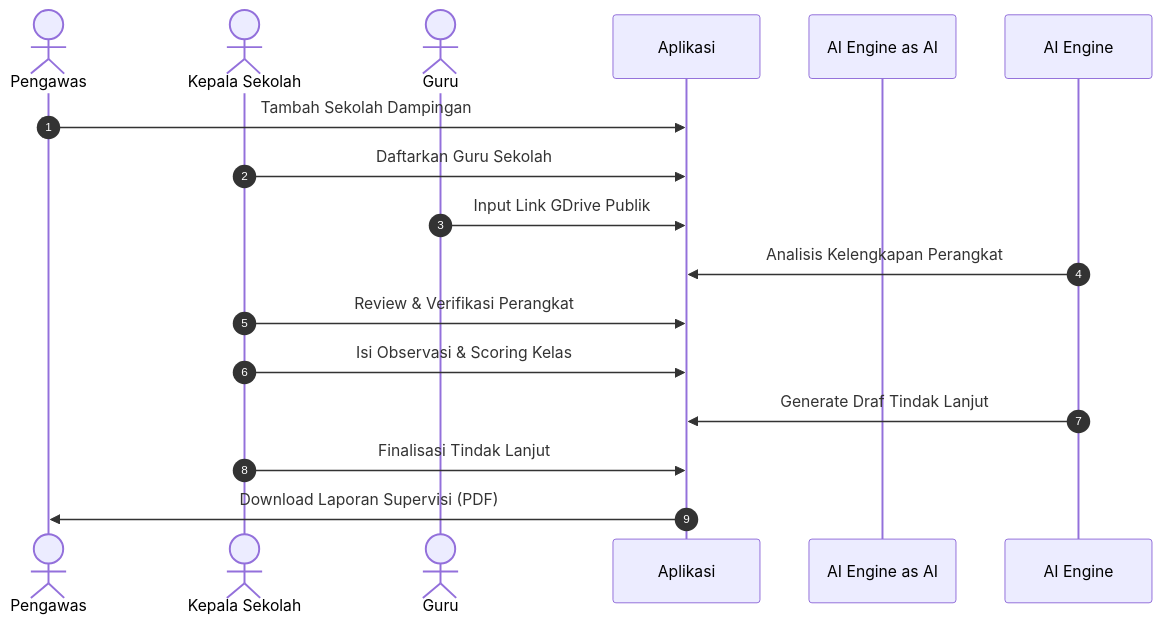
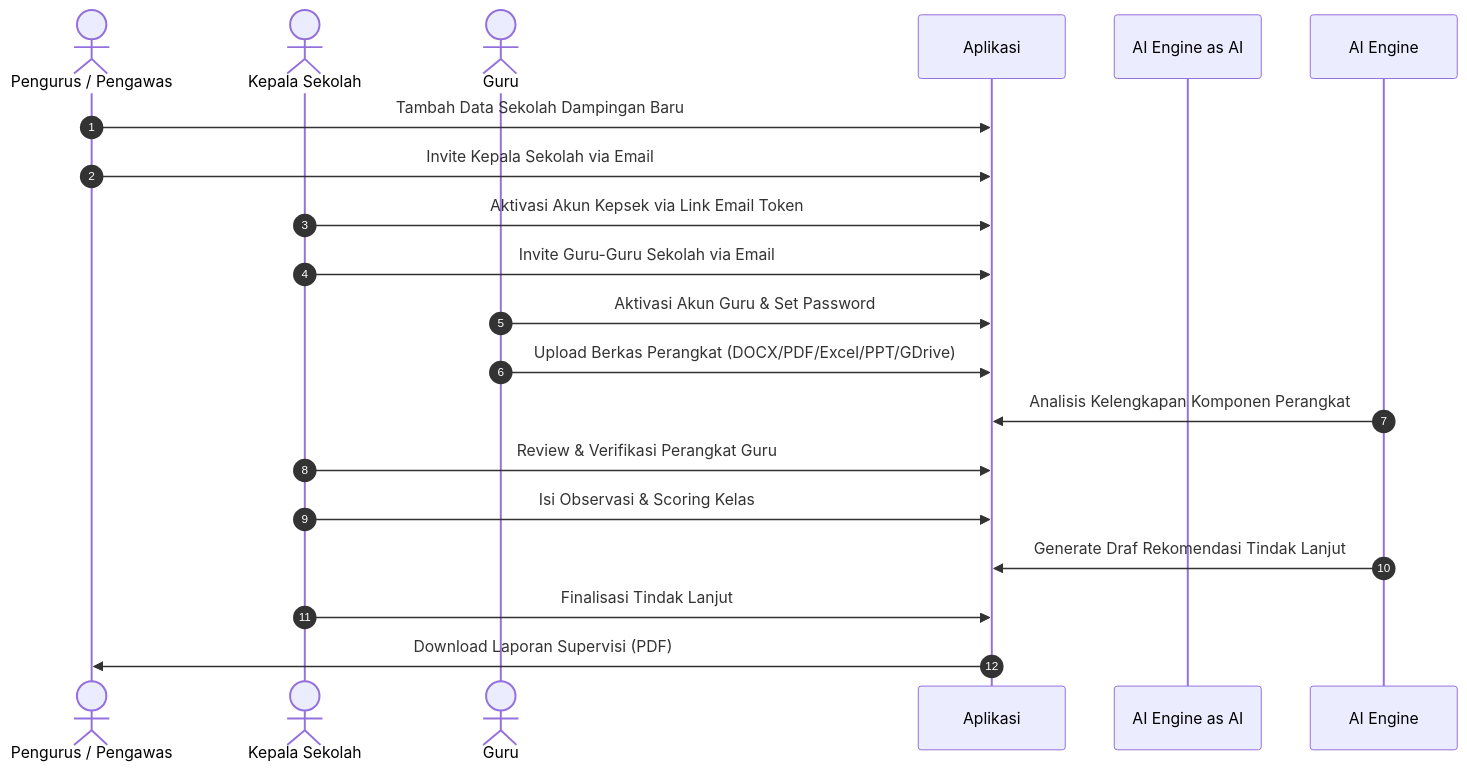
One commit to Hnzsama/supervisi_sekolah changed the second of 2 diagrams in docs/01-gambaran-umum-produk.md. Above: the diagram before and after it, drawn with Mermaid. The commit also changed other lines of this file and 13 other files, not shown here.

Commit message:
docs: perbarui dokumentasi upload berkas multiformat dan alur pendaftaran user via email invitation

````diff
--- a/docs/01-gambaran-umum-produk.md
+++ b/docs/01-gambaran-umum-produk.md
@@ -47,19 +48,22 @@
 ```mermaid
 sequenceDiagram
     autonumber
-    actor Pengawas
+    actor Pengawas as Pengurus / Pengawas
     actor Kepsek as Kepala Sekolah
     actor Guru
     participant App as Aplikasi
     participant AI Engine as AI
 
-    Pengawas->>App: Tambah Sekolah Dampingan
-    Kepsek->>App: Daftarkan Guru Sekolah
-    Guru->>App: Input Link GDrive Publik
-    AI Engine->>App: Analisis Kelengkapan Perangkat
-    Kepsek->>App: Review & Verifikasi Perangkat
+    Pengawas->>App: Tambah Data Sekolah Dampingan Baru
+    Pengawas->>App: Invite Kepala Sekolah via Email
+    Kepsek->>App: Aktivasi Akun Kepsek via Link Email Token
+    Kepsek->>App: Invite Guru-Guru Sekolah via Email
+    Guru->>App: Aktivasi Akun Guru & Set Password
+    Guru->>App: Upload Berkas Perangkat (DOCX/PDF/Excel/PPT/GDrive)
+    AI Engine->>App: Analisis Kelengkapan Komponen Perangkat
+    Kepsek->>App: Review & Verifikasi Perangkat Guru
     Kepsek->>App: Isi Observasi & Scoring Kelas
-    AI Engine->>App: Generate Draf Tindak Lanjut
+    AI Engine->>App: Generate Draf Rekomendasi Tindak Lanjut
     Kepsek->>App: Finalisasi Tindak Lanjut
     App->>Pengawas: Download Laporan Supervisi (PDF)
 ```
````
